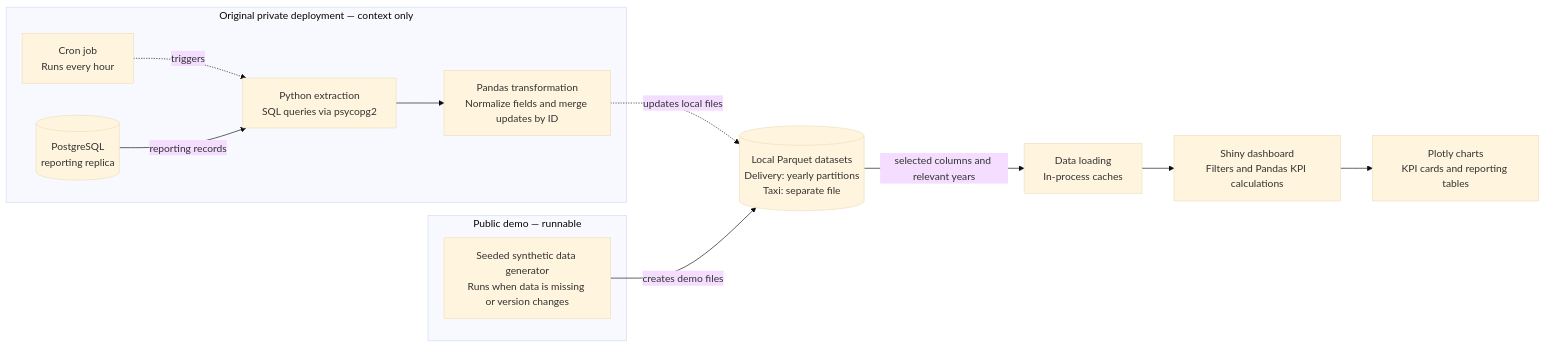
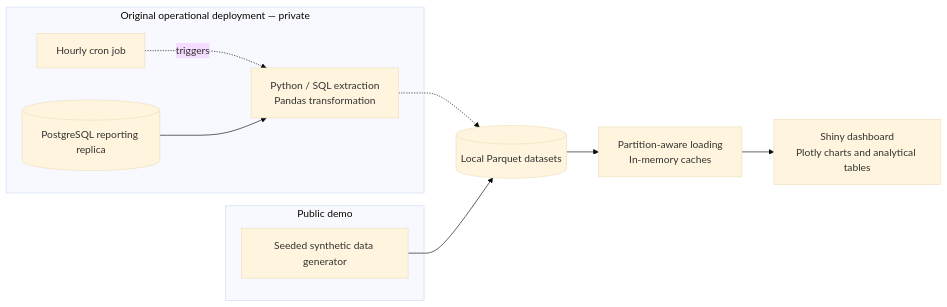
Before and after one commit to basharssalman/order-and-taxi-performance-dashboard-demo: the diagram in README.md, drawn with Mermaid (base theme). The commit also changed other lines of this file, not shown here.

````diff
--- a/README.md
+++ b/README.md
@@ -36,16 +35,16 @@
 ```mermaid
 flowchart LR
-    subgraph Original["Original private deployment — context only"]
-        CRON["Cron job<br/>Runs every hour"] -.->|triggers| EXTRACT["Python extraction<br/>SQL queries via psycopg2"]
-        PG[("PostgreSQL<br/>reporting replica")] -->|reporting records| EXTRACT
-        EXTRACT --> TRANSFORM["Pandas transformation<br/>Normalize fields and merge updates by ID"]
+    subgraph Original["Original operational deployment — private"]
+        CRON["Hourly cron job"] -.->|triggers| ETL["Python / SQL extraction<br/>Pandas transformation"]
+        PG[("PostgreSQL reporting replica")] --> ETL
     end
-    subgraph Demo["Public demo — runnable"]
-        GEN["Seeded synthetic data generator<br/>Runs when data is missing or version changes"]
+
+    subgraph Demo["Public demo"]
+        GEN["Seeded synthetic data generator"]
     end
-    TRANSFORM -.->|updates local files| FILES[("Local Parquet datasets<br/>Delivery: yearly partitions<br/>Taxi: separate file")]
-    GEN -->|creates demo files| FILES
-    FILES -->|selected columns and relevant years| LOAD["Data loading<br/>In-process caches"]
-    LOAD --> APP["Shiny dashboard<br/>Filters and Pandas KPI calculations"]
-    APP --> VIEW["Plotly charts<br/>KPI cards and reporting tables"]
+
+    ETL -.-> FILES[("Local Parquet datasets")]
+    GEN --> FILES
+    FILES --> CACHE["Partition-aware loading<br/>In-memory caches"]
+    CACHE --> APP["Shiny dashboard<br/>Plotly charts and analytical tables"]
 ```
````
